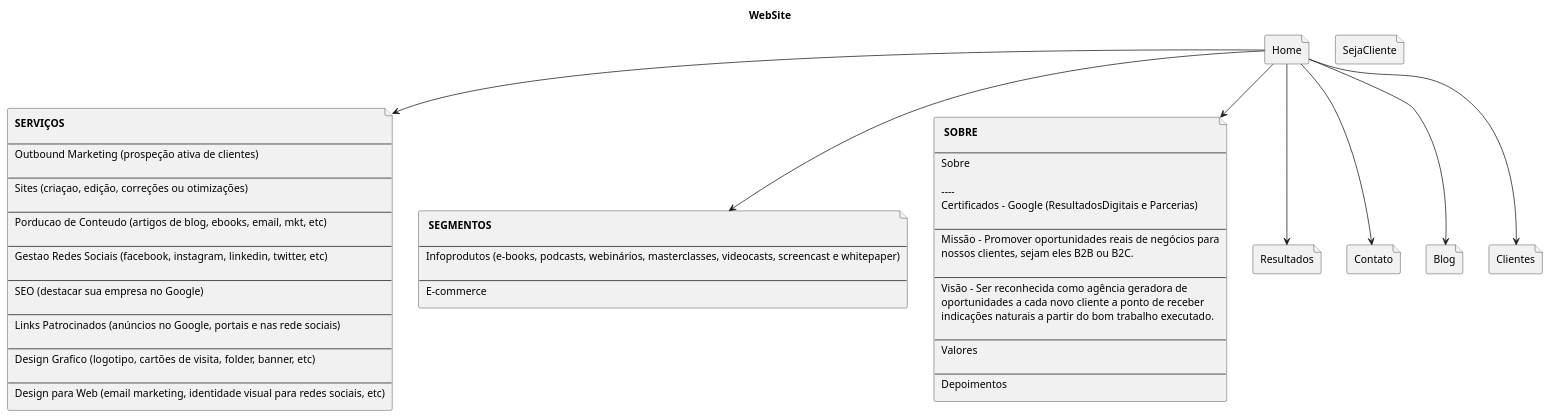
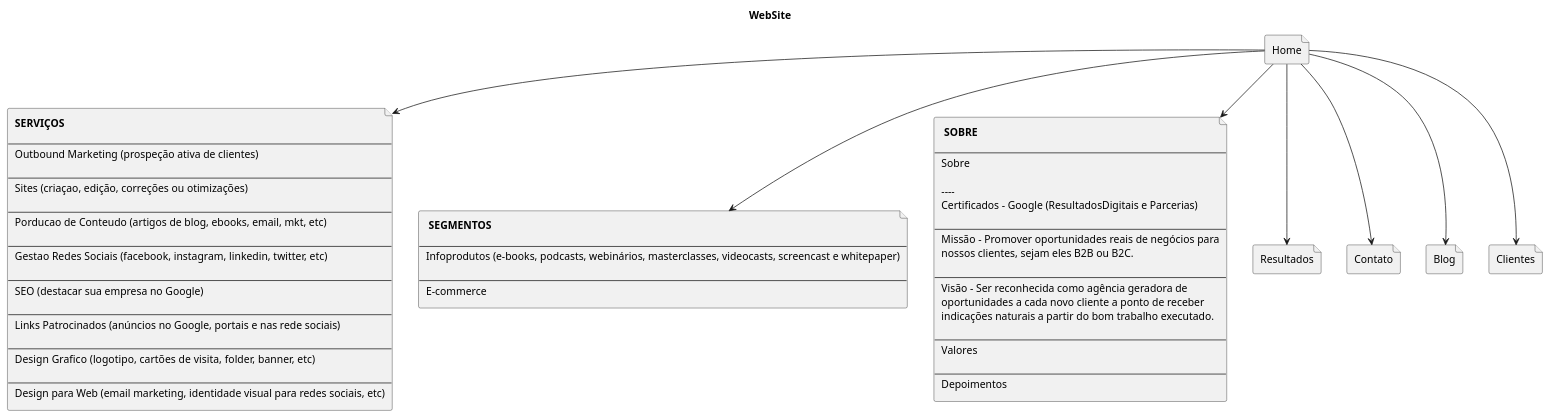
The diagram in diagrams/structure/deployment_diagram.puml (thiagofmart/nassim), drawn with PlantUML before and after one commit. The commit also changed 3 other files, not shown here.

```diff
--- a/diagrams/structure/deployment_diagram.puml
+++ b/diagrams/structure/deployment_diagram.puml
@@ -1,80 +1,79 @@
 @startuml
 title WebSite
 file Home
 file Servicos[
     <b>SERVIÇOS
     
     ----
     Outbound Marketing (prospeção ativa de clientes)
     
     ----
     Sites (criaçao, edição, correções ou otimizações)
 
     ----
     Porducao de Conteudo (artigos de blog, ebooks, email, mkt, etc)
 
     ----
     Gestao Redes Sociais (facebook, instagram, linkedin, twitter, etc)
     
     ----
     SEO (destacar sua empresa no Google)
 
     ----
     Links Patrocinados (anúncios no Google, portais e nas rede sociais)
 
     ----
     Design Grafico (logotipo, cartões de visita, folder, banner, etc)
     
     ----
     Design para Web (email marketing, identidade visual para redes sociais, etc)
 ]
 
 file Segmentos [
     <b> SEGMENTOS 
 
     ----
     Infoprodutos (e-books, podcasts, webinários, masterclasses, videocasts, screencast e whitepaper)
 
     ----
     E-commerce
 ]
 file Sobre [
     <b> SOBRE
 
     ----
     Sobre
 
     ---- 
     Certificados - Google (ResultadosDigitais e Parcerias)
 
     ----
     Missão - Promover oportunidades reais de negócios para
     nossos clientes, sejam eles B2B ou B2C.
 
     ----
     Visão - Ser reconhecida como agência geradora de
     oportunidades a cada novo cliente a ponto de receber
     indicações naturais a partir do bom trabalho executado.
 
     ----
     Valores
 
     ----
     Depoimentos
 ]
 file Resultados 
 file Contato
 file Blog
 file Clientes
-file SejaCliente
 Home -do-> Servicos
 Home -do-> Segmentos
 Home -do-> Sobre
 Home -do-> Resultados
 Home -do-> Blog
 Home -do-> Clientes
 Home -do-> Contato
 
 
 
 @enduml
```
